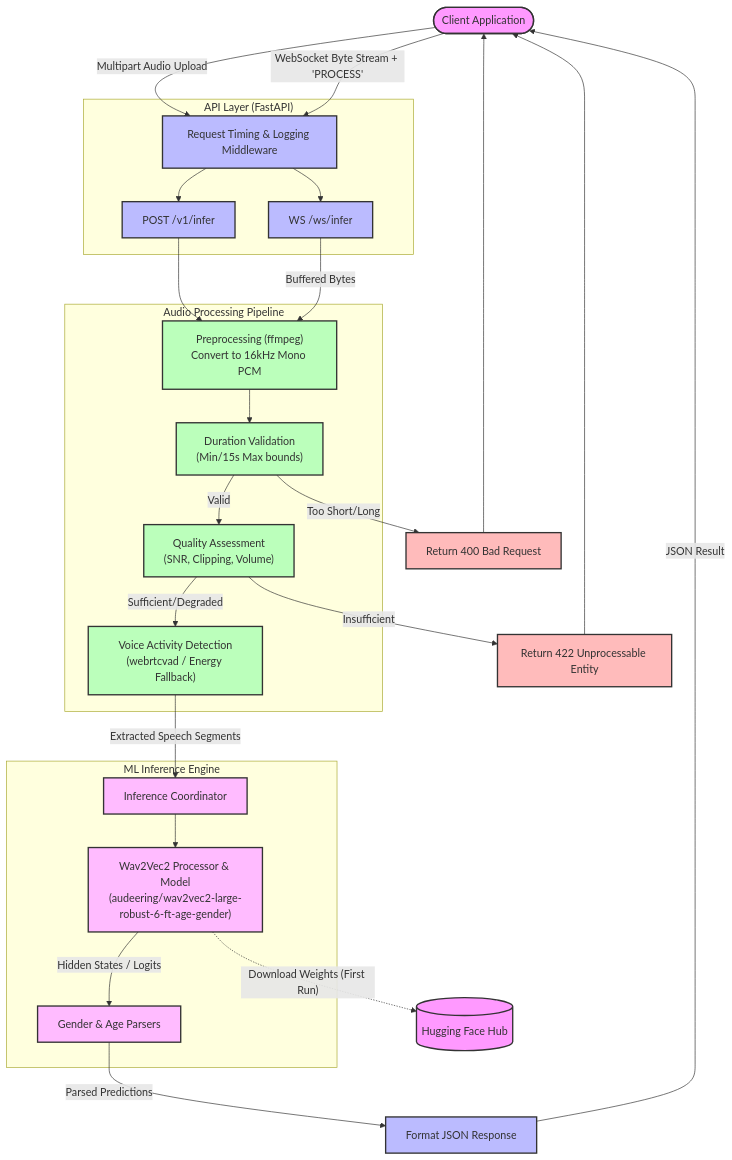
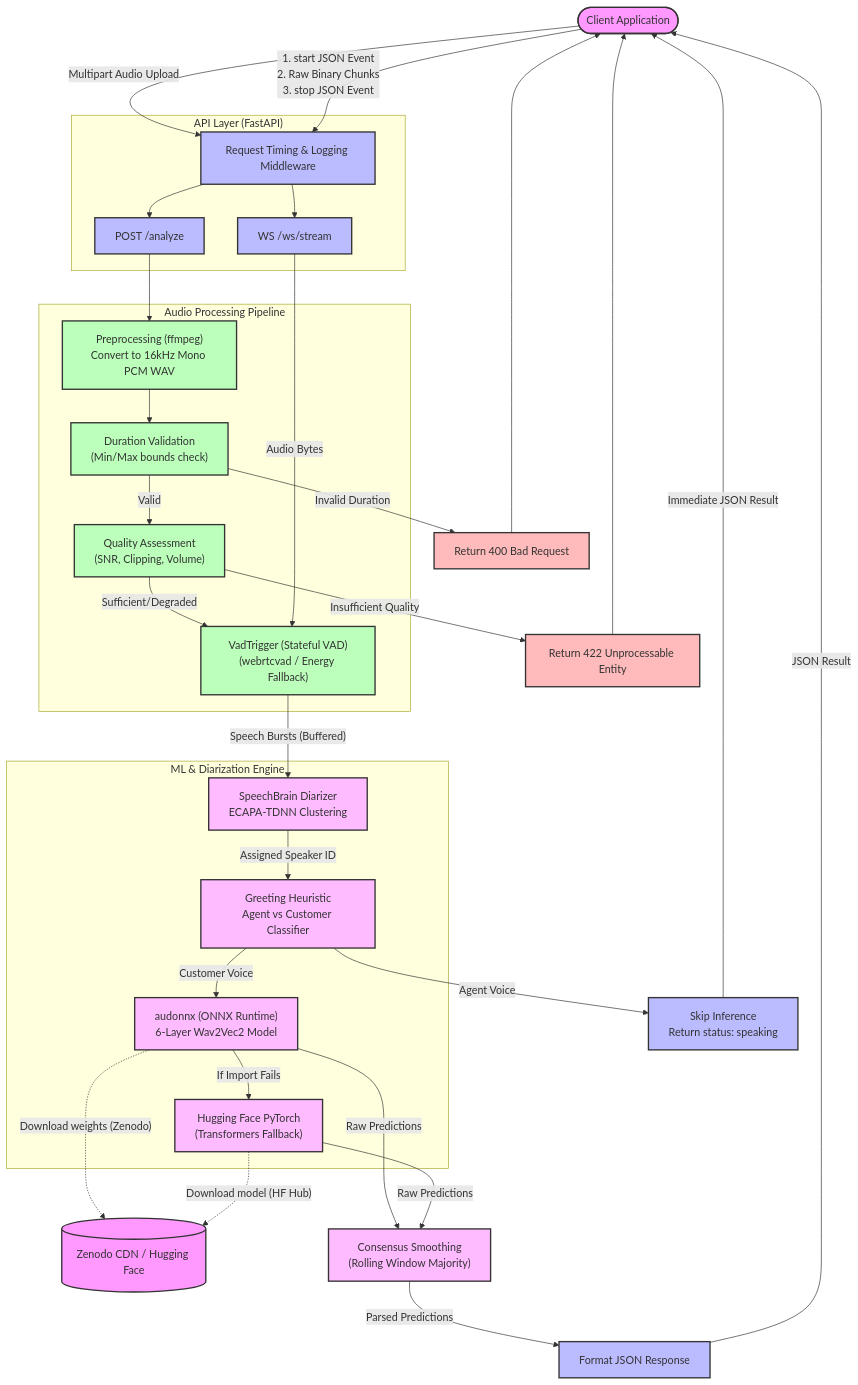
Before and after one commit to arjun-ms/call-handler: the diagram in wiki/ARCHITECTURE.md, drawn with Mermaid. The commit also changed other lines of this file and 8 other files, not shown here.

Commit message:
docs: update architecture, speaker identification, and quick-notes to match codebase

````diff
--- a/wiki/ARCHITECTURE.md
+++ b/wiki/ARCHITECTURE.md
@@ -7,63 +13,74 @@
 ```mermaid
 flowchart TD
     %% Styling
     classDef external fill:#f9f,stroke:#333,stroke-width:2px;
     classDef api fill:#bbf,stroke:#333,stroke-width:2px;
     classDef processing fill:#bfb,stroke:#333,stroke-width:2px;
     classDef ml fill:#fbf,stroke:#333,stroke-width:2px;
     classDef error fill:#fbb,stroke:#333,stroke-width:2px;
 
     %% Actors / Externals
     Client([Client Application]):::external
-    HFHub[(Hugging Face Hub)]:::external
+    Zenodo[(Zenodo CDN / Hugging Face)]:::external
 
     %% API Layer
     subgraph API["API Layer (FastAPI)"]
         Middleware[Request Timing & Logging Middleware]:::api
-        RouterHTTP[POST /v1/infer]:::api
-        RouterWS[WS /ws/infer]:::api
+        RouterHTTP[POST /analyze]:::api
+        RouterWS[WS /ws/stream]:::api
         
         Middleware --> RouterHTTP
         Middleware --> RouterWS
     end
 
     %% Audio Processing Pipeline
     subgraph AudioPipeline["Audio Processing Pipeline"]
-        Normalize["Preprocessing (ffmpeg)<br/>Convert to 16kHz Mono PCM"]:::processing
-        Validate["Duration Validation<br/>(Min/15s Max bounds)"]:::processing
+        Normalize["Preprocessing (ffmpeg)<br/>Convert to 16kHz Mono PCM WAV"]:::processing
+        Validate["Duration Validation<br/>(Min/Max bounds check)"]:::processing
         Quality["Quality Assessment<br/>(SNR, Clipping, Volume)"]:::processing
-        VAD["Voice Activity Detection<br/>(webrtcvad / Energy Fallback)"]:::processing
+        VAD["VadTrigger (Stateful VAD)<br/>(webrtcvad / Energy Fallback)"]:::processing
     end
 
-    %% ML Inference Engine
-    subgraph InferenceEngine["ML Inference Engine"]
-        Pipeline["Inference Coordinator"]:::ml
-        Wav2Vec["Wav2Vec2 Processor & Model<br/>(audeering/wav2vec2-large-robust-6-ft-age-gender)"]:::ml
-        Heads["Gender & Age Parsers"]:::ml
+    %% ML & Diarization Engine
+    subgraph InferenceEngine["ML & Diarization Engine"]
+        Diarizer["SpeechBrain Diarizer<br/>ECAPA-TDNN Clustering"]:::ml
+        Heuristic["Greeting Heuristic<br/>Agent vs Customer Classifier"]:::ml
+        ONNX["audonnx (ONNX Runtime)<br/>6-Layer Wav2Vec2 Model"]:::ml
+        Transformers["Hugging Face PyTorch<br/>(Transformers Fallback)"]:::ml
     end
 
-    %% Flow
+    %% REST / Batch Flow
     Client -- "Multipart Audio Upload" --> Middleware
-    Client -- "WebSocket Byte Stream + 'PROCESS'" --> Middleware
-
     RouterHTTP --> Normalize
-    RouterWS -- "Buffered Bytes" --> Normalize
-
     Normalize --> Validate
     Validate -- "Valid" --> Quality
     Quality -- "Sufficient/Degraded" --> VAD
     
-    Validate -- "Too Short/Long" --> ErrorResponse["Return 400 Bad Request"]:::error
-    Quality -- "Insufficient" --> ErrorResponse422["Return 422 Unprocessable Entity"]:::error
+    Validate -- "Invalid Duration" --> ErrorResponse["Return 400 Bad Request"]:::error
+    Quality -- "Insufficient Quality" --> ErrorResponse422["Return 422 Unprocessable Entity"]:::error
 
-    VAD -- "Extracted Speech Segments" --> Pipeline
-    Pipeline --> Wav2Vec
-    Wav2Vec -. "Download Weights (First Run)" .-> HFHub
-    Wav2Vec -- "Hidden States / Logits" --> Heads
+    %% Streaming Flow
+    Client -- "1. start JSON Event<br/>2. Raw Binary Chunks<br/>3. stop JSON Event" --> Middleware
+    RouterWS -- "Audio Bytes" --> VAD
+
+    %% Segment & Inference Flow
+    VAD -- "Speech Bursts (Buffered)" --> Diarizer
+    Diarizer -- "Assigned Speaker ID" --> Heuristic
     
-    Heads -- "Parsed Predictions" --> ResponseFormatter["Format JSON Response"]:::api
+    Heuristic -- "Customer Voice" --> ONNX
+    Heuristic -- "Agent Voice" --> Skip["Skip Inference<br/>Return status: speaking"]:::api
+    
+    ONNX -. "Download weights (Zenodo)" .-> Zenodo
+    ONNX -- "If Import Fails" --> Transformers
+    Transformers -. "Download model (HF Hub)" .-> Zenodo
+    
+    ONNX -- "Raw Predictions" --> Consensus["Consensus Smoothing<br/>(Rolling Window Majority)"]:::ml
+    Transformers -- "Raw Predictions" --> Consensus
+    
+    Consensus -- "Parsed Predictions" --> ResponseFormatter["Format JSON Response"]:::api
     
     ResponseFormatter -- "JSON Result" --> Client
+    Skip -- "Immediate JSON Result" --> Client
     ErrorResponse --> Client
     ErrorResponse422 --> Client
 ```
````
